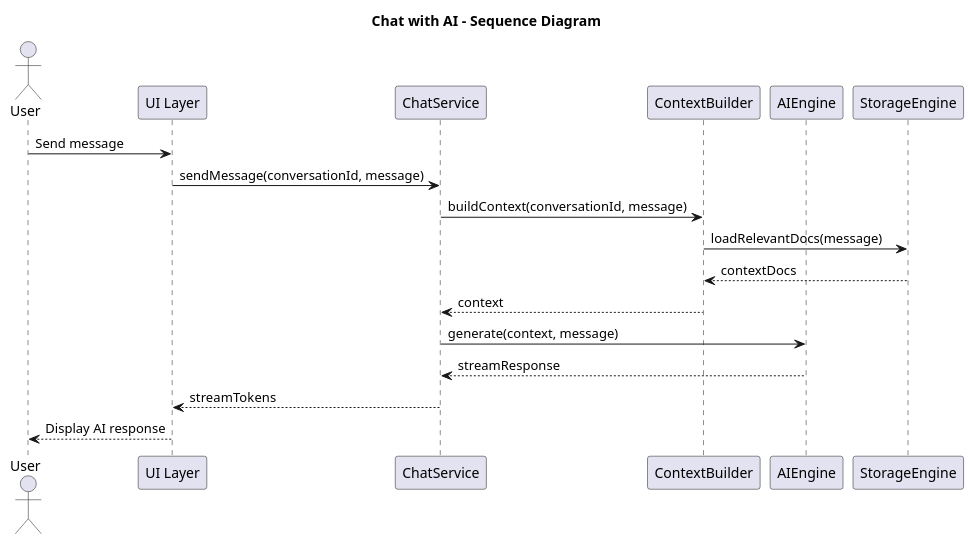
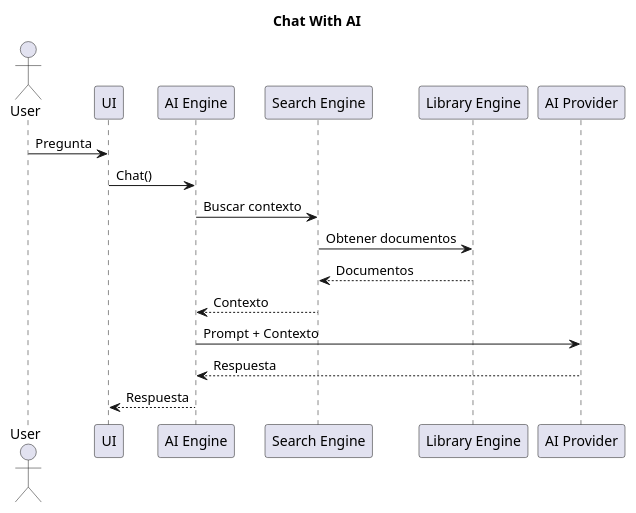
The diagram in V-1/00-Architecture/UML/Sequence/ChatWithAI.puml (Sebailla/KnowledgeOS), drawn with PlantUML before and after one commit. The commit also changed other lines of this file and 15 other files, not shown here.

Commit message:
feat(documentation): Update sequence diagrams and add detailed markdown descriptions for document operations

```diff
--- a/V-1/00-Architecture/UML/Sequence/ChatWithAI.puml
+++ b/V-1/00-Architecture/UML/Sequence/ChatWithAI.puml
@@ -1,22 +2,35 @@
 @startuml ChatWithAI
-title Chat with AI - Sequence Diagram
+
+title Chat With AI
 
 actor User
-participant "UI Layer" as UI
-participant "ChatService" as Chat
-participant "ContextBuilder" as Ctx
-participant "AIEngine" as AI
-participant "StorageEngine" as Storage
 
-User -> UI : Send message
-UI -> Chat : sendMessage(conversationId, message)
-Chat -> Ctx : buildContext(conversationId, message)
-Ctx -> Storage : loadRelevantDocs(message)
-Storage --> Ctx : contextDocs
-Ctx --> Chat : context
-Chat -> AI : generate(context, message)
-AI --> Chat : streamResponse
-Chat --> UI : streamTokens
-UI --> User : Display AI response
+participant UI
+
+participant "AI Engine" as AI
+
+participant "Search Engine" as Search
+
+participant "Library Engine" as Library
+
+participant "AI Provider" as Provider
+
+User -> UI : Pregunta
+
+UI -> AI : Chat()
+
+AI -> Search : Buscar contexto
+
+Search -> Library : Obtener documentos
+
+Library --> Search : Documentos
+
+Search --> AI : Contexto
+
+AI -> Provider : Prompt + Contexto
+
+Provider --> AI : Respuesta
+
+AI --> UI : Respuesta
 
 @enduml
```
